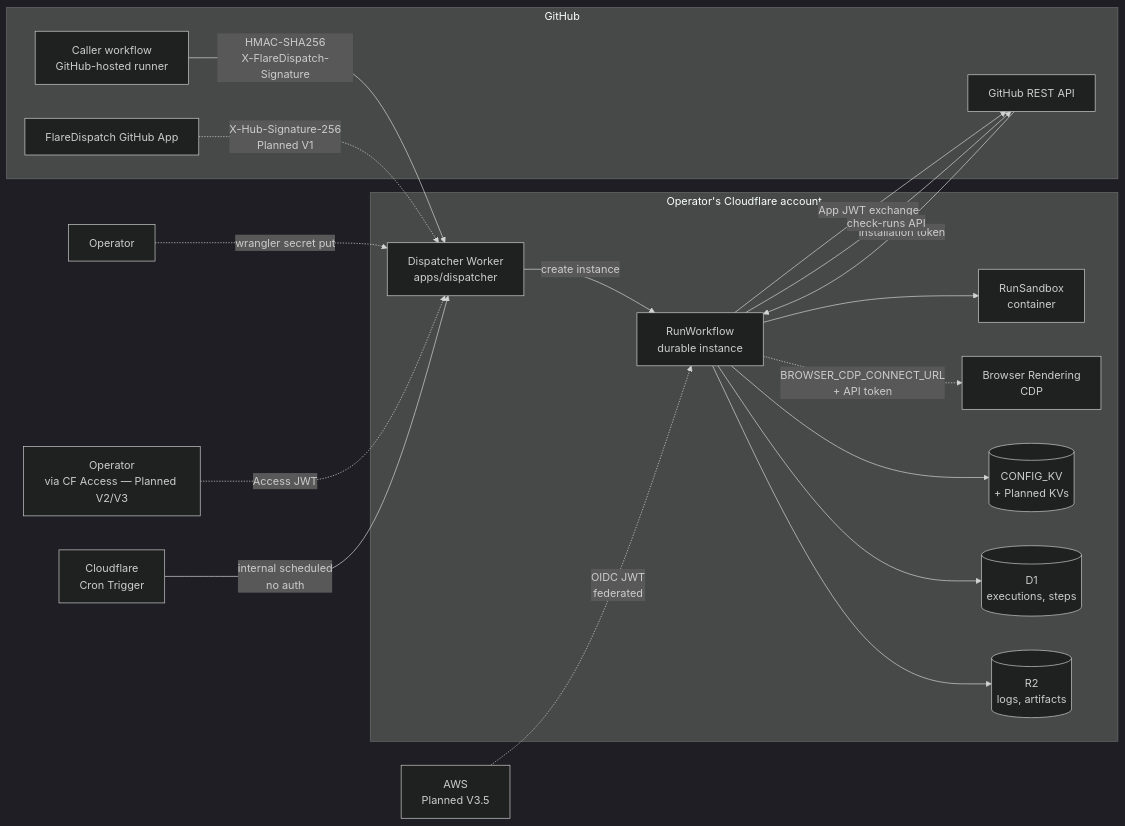
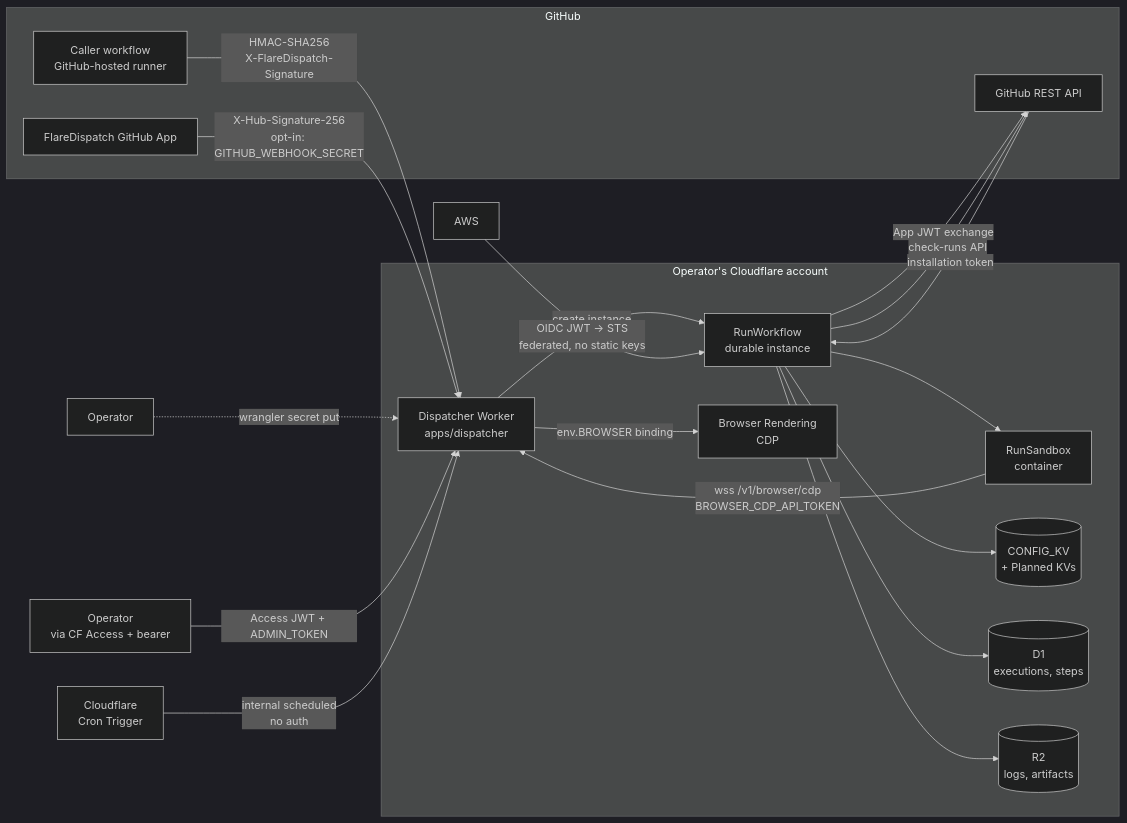
The first of 2 diagrams in specs/07-trust-model.md (OpenHackersClub/flare-dispatch), drawn with Mermaid (dark theme) before and after one commit. The commit also changed other lines of this file and 21 other files, not shown here.

````diff
--- a/specs/07-trust-model.md
+++ b/specs/07-trust-model.md
@@ -27,37 +27,38 @@
 ```mermaid
 flowchart LR
   subgraph GH[GitHub]
     GHA[Caller workflow<br/>GitHub-hosted runner]
     APP[FlareDispatch GitHub App]
     API[GitHub REST API]
   end
 
   subgraph CF[Operator's Cloudflare account]
     DSP[Dispatcher Worker<br/>apps/dispatcher]
     WF[RunWorkflow<br/>durable instance]
     SB[RunSandbox<br/>container]
     BR[Browser Rendering<br/>CDP]
     KV[(CONFIG_KV<br/>+ Planned KVs)]
     D1[(D1<br/>executions, steps)]
     R2[(R2<br/>logs, artifacts)]
   end
 
   OP[Operator] -.->|wrangler secret put| DSP
-  ADM[Operator<br/>via CF Access — Planned V2/V3] -.->|Access JWT| DSP
+  ADM[Operator<br/>via CF Access + bearer] -->|Access JWT + ADMIN_TOKEN| DSP
 
   GHA -->|HMAC-SHA256<br/>X-FlareDispatch-Signature| DSP
-  APP -.->|X-Hub-Signature-256<br/>Planned V1| DSP
+  APP -->|X-Hub-Signature-256<br/>opt-in: GITHUB_WEBHOOK_SECRET| DSP
   CRON[Cloudflare<br/>Cron Trigger] -->|internal scheduled<br/>no auth| DSP
 
   DSP -->|create instance| WF
   WF -->|App JWT exchange| API
   API -->|installation token| WF
   WF -->|check-runs API| API
   WF --> SB
-  WF -.->|BROWSER_CDP_CONNECT_URL<br/>+ API token| BR
+  SB -->|wss /v1/browser/cdp<br/>BROWSER_CDP_API_TOKEN| DSP
+  DSP -->|env.BROWSER binding| BR
   WF --> KV
   WF --> D1
   WF --> R2
 
-  AWS[AWS<br/>Planned V3.5] -.->|OIDC JWT<br/>federated| WF
+  AWS[AWS] -->|OIDC JWT → STS<br/>federated, no static keys| WF
 ```
````
